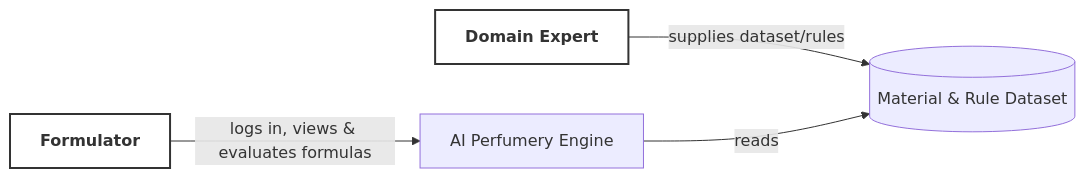
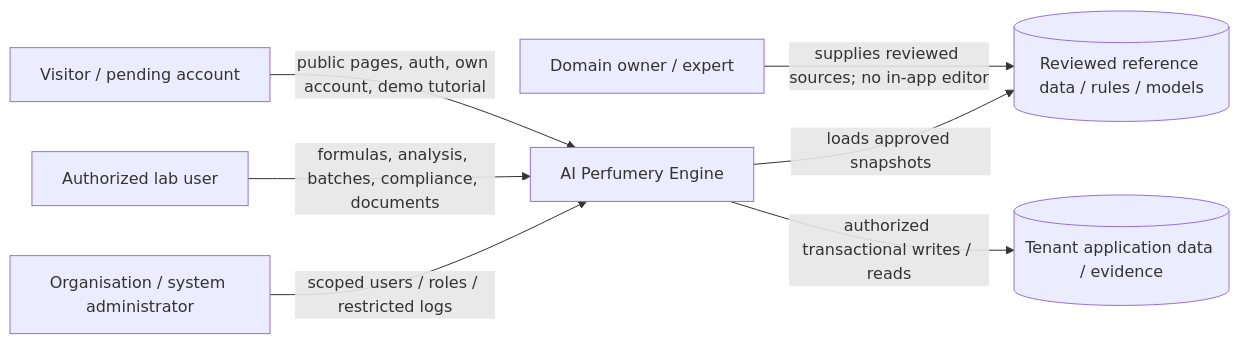
One commit to projectSE-1/fragform-proposal changed the first of 4 diagrams in .docs/02-design/diagrams.md. Above: the diagram before and after it, drawn with Mermaid. The commit also changed other lines of this file and 3 other files, not shown here.

Commit message:
docs(design): align architecture and models with adopted MVP

````diff
--- a/.docs/02-design/diagrams.md
+++ b/.docs/02-design/diagrams.md
@@ -16,13 +10,16 @@
 ```mermaid
 flowchart LR
-    Formulator[Formulator]:::actor
-    DomainExpert[Domain Expert]:::actor
-    System[AI Perfumery Engine]
-    Dataset[(Material & Rule Dataset)]
-
-    Formulator -->|logs in, views & evaluates formulas| System
-    DomainExpert -->|supplies dataset/rules| Dataset
-    System -->|reads| Dataset
-
-    classDef actor fill:#fff,stroke:#333,stroke-width:2px,font-weight:bold;
+    PUBLIC[Visitor / pending account]
+    LAB[Authorized lab user]
+    ADMIN[Organisation / system administrator]
+    EXPERT[Domain owner / expert]
+    SYSTEM[AI Perfumery Engine]
+    REFERENCE[(Reviewed reference data / rules / models)]
+    STORE[(Tenant application data / evidence)]
+    PUBLIC -->|public pages, auth, own account, demo tutorial| SYSTEM
+    LAB -->|formulas, analysis, batches, compliance, documents| SYSTEM
+    ADMIN -->|scoped users / roles / restricted logs| SYSTEM
+    EXPERT -->|supplies reviewed sources; no in-app editor| REFERENCE
+    SYSTEM -->|loads approved snapshots| REFERENCE
+    SYSTEM -->|authorized transactional writes / reads| STORE
 ```
````
